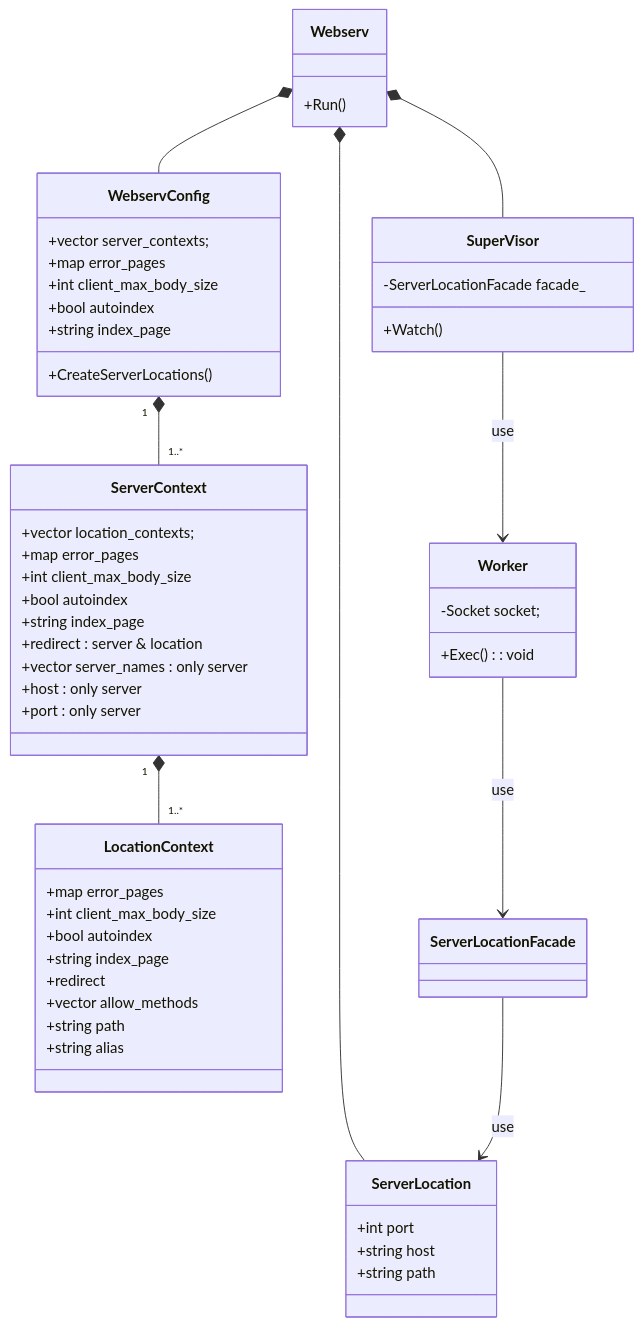
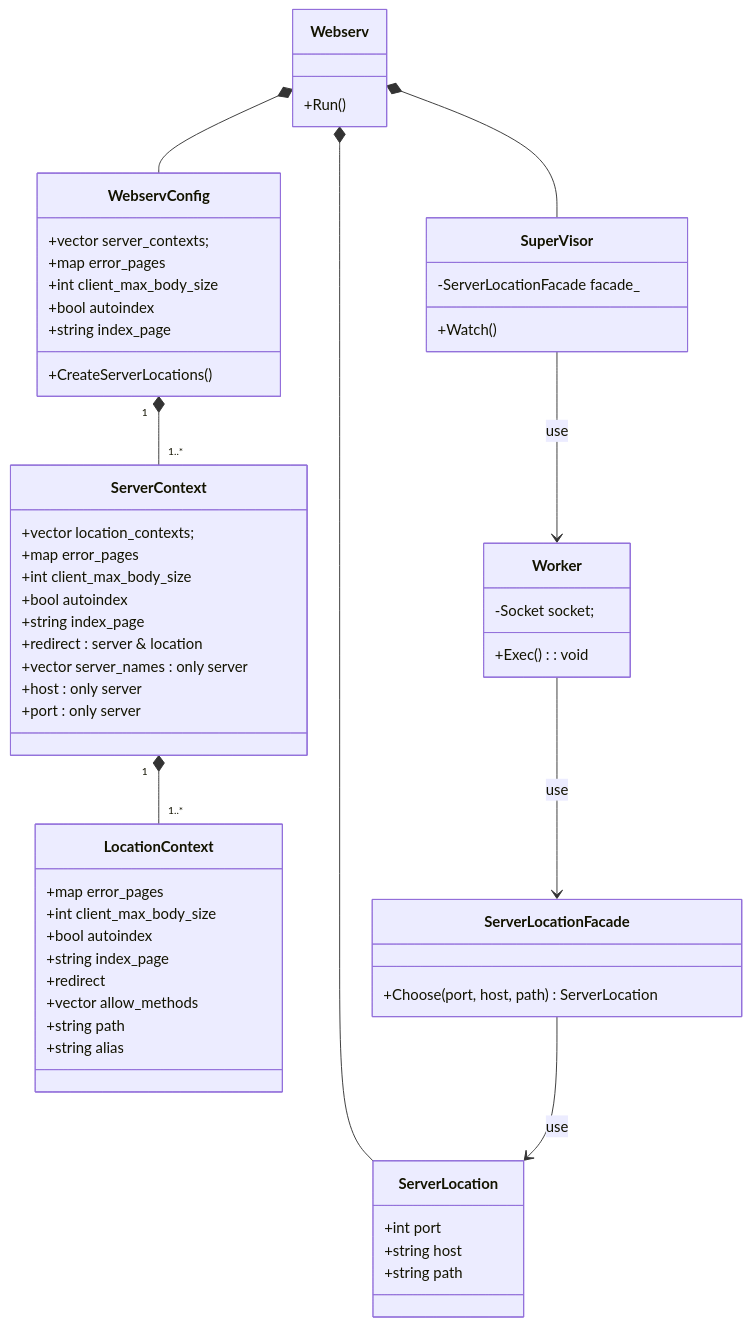
The diagram in docs/class/config_class.md (katataku/webserv), drawn with Mermaid before and after one commit.

````diff
--- a/docs/class/config_class.md
+++ b/docs/class/config_class.md
@@ -1,74 +1,75 @@
 ```mermaid
 classDiagram
     Webserv *-- WebservConfig
     WebservConfig "1" *-- "1..*" ServerContext
     ServerContext "1" *-- "1..*" LocationContext
 
     Webserv *-- SuperVisor
     Webserv *-- ServerLocation
     SuperVisor --> Worker : use
     Worker --> ServerLocationFacade : use
     ServerLocationFacade --> ServerLocation: use
 
     class WebservConfig {
         +vector<ServerContext> server_contexts;
         +map<int, string> error_pages
         +int client_max_body_size
         +bool autoindex
         +string index_page
         +CreateServerLocations()
     }
 
     %% TODO: listenディレクトリは複数指定できるかを確認 %%
     %% TODO: redirectの持ち方を検討 %%
     class ServerContext {
         +vector<LocationContext> location_contexts;
         +map<int, string> error_pages
         +int client_max_body_size
         +bool autoindex
         +string index_page
         +redirect : server & location
         +vector<string> server_names : only server
         +host : only server
         +port : only server
     }
 
     class LocationContext {
         +map<int, string> error_pages
         +int client_max_body_size
         +bool autoindex
         +string index_page
         +redirect
         +vector<string> allow_methods
         +string path
         +string alias
     }
 
     class Webserv {
         +Run()
     }
 
     %% IO多重化とソケットクラスを生成してWorkerに処理を依頼するまでを担当する%%
     class SuperVisor {
         -ServerLocationFacade facade_
         +Watch()
     }
 
     %% Socketを元に具体的な処理を担当する。 %%
     %% Requestを受け付けてResponseの返却をする %%
     class Worker {
         -Socket socket;
         +Exec() : void
     }
 
     %% どのServerLocationを使用するかを決定する責務 %%
     class ServerLocationFacade {
+        +Choose(port, host, path)　ServerLocation
     }
 
     %% configを元に各locationごとの設定 %%
     class ServerLocation {
         +int port
         +string host
         +string path
     }
 ```
````
